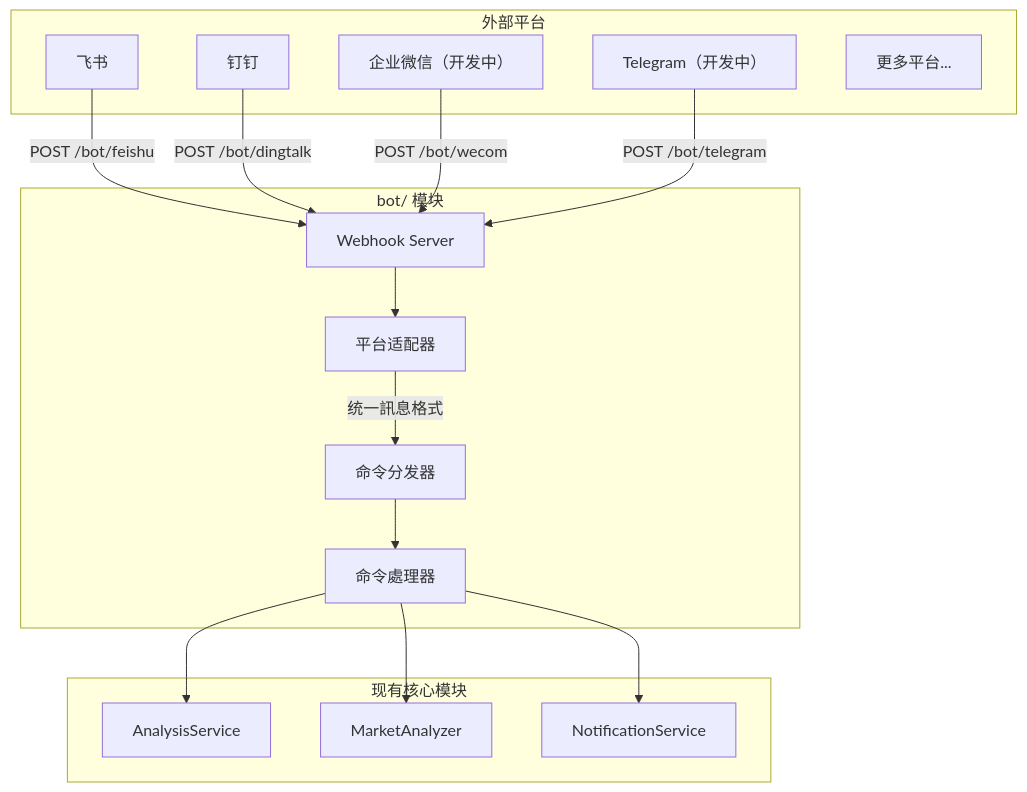
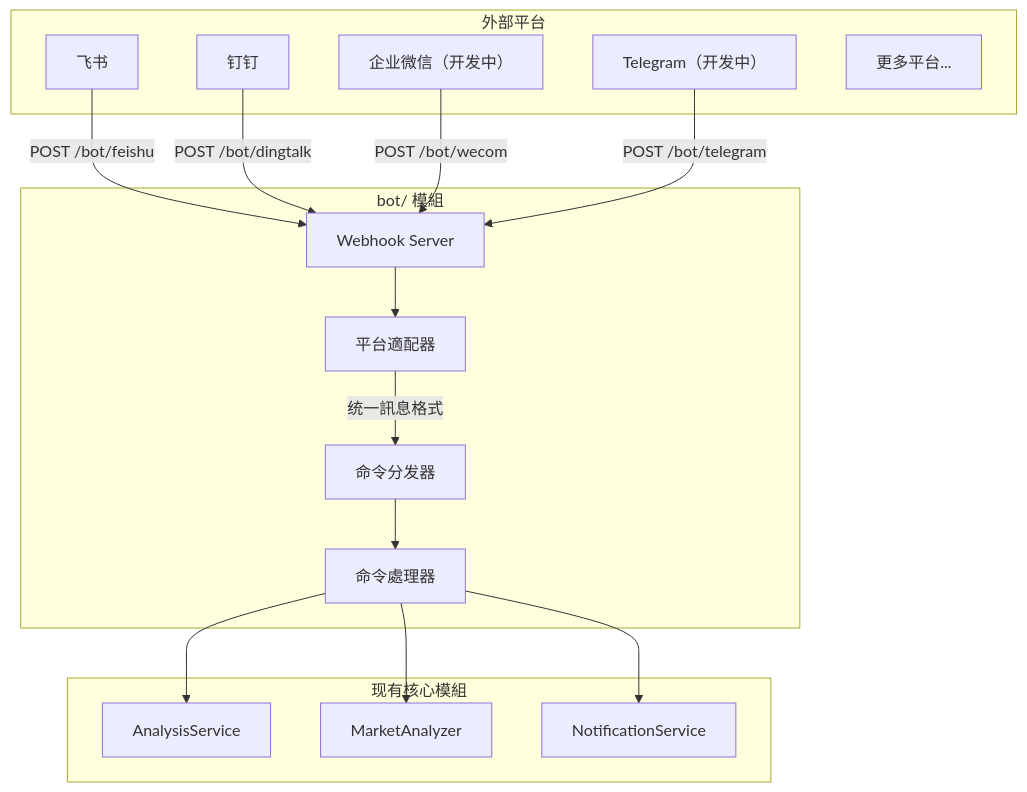
One commit to qJAgZPiW94pn/daily_stock_analysis changed the diagram in docs/bot-command.md. Above: the diagram before and after it, drawn with Mermaid. The commit also changed other lines of this file and 230 other files, not shown here.

````diff
--- a/docs/bot-command.md
+++ b/docs/bot-command.md
@@ -5,35 +5,35 @@
 ```mermaid
 flowchart TB
     subgraph Platforms [外部平台]
         FS[飞书]
         DT[钉钉]
         WC[企业微信（开发中）]
         TG[Telegram（开发中）]
         More[更多平台...]
     end
 
-    subgraph BotModule [bot/ 模块]
+    subgraph BotModule [bot/ 模組]
         WH[Webhook Server]
-        Adapters[平台适配器]
+        Adapters[平台適配器]
         Dispatcher[命令分发器]
         Commands[命令處理器]
     end
 
-    subgraph Core [现有核心模块]
+    subgraph Core [现有核心模組]
         AS[AnalysisService]
         MA[MarketAnalyzer]
         NS[NotificationService]
     end
 
     FS -->|POST /bot/feishu| WH
     DT -->|POST /bot/dingtalk| WH
     WC -->|POST /bot/wecom| WH
     TG -->|POST /bot/telegram| WH
 
     WH --> Adapters
     Adapters -->|统一訊息格式| Dispatcher
     Dispatcher --> Commands
     Commands --> AS
     Commands --> MA
     Commands --> NS
 ```
````
